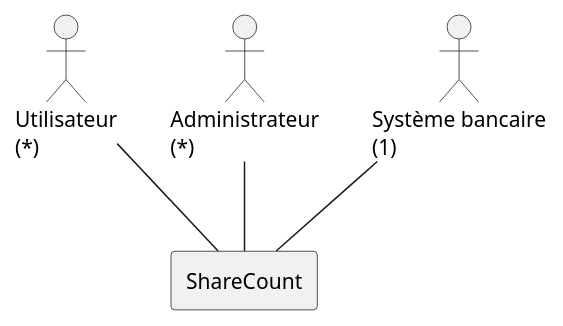
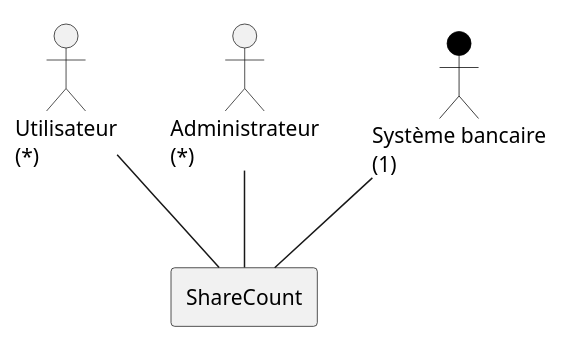
One commit to lmtb06/sharecount changed the diagram in diagrammes/specification/contexte-statique.puml. Above: the diagram before and after it, drawn with PlantUML.

Commit message:
Modification des couleurs dans le diagramme de contexte statique

```diff
--- a/diagrammes/specification/contexte-statique.puml
+++ b/diagrammes/specification/contexte-statique.puml
@@ -1,15 +1,21 @@
 @startuml "Diagramme de contexte statique"
+
+skinparam actor {
+BackgroundColor<< externe >> Black
+BorderColor<< externe >> Black
+StereotypeFontSize<< externe >> 0
+}
 
 actor "Utilisateur\n(*)" as User
 
 actor "Administrateur\n(*)" as Admin
 
-actor "Système bancaire\n(1)" as SB
+actor "Système bancaire\n(1)" << externe >> as SB
 
 rectangle "ShareCount" as SC
 
 User -- SC
 Admin -- SC
 SB -- SC
 
 @enduml
```
